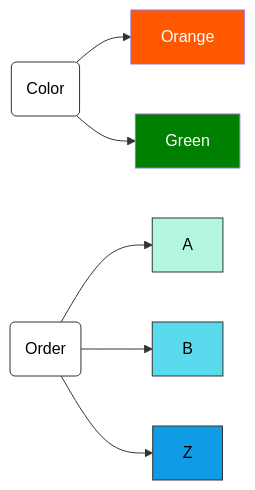
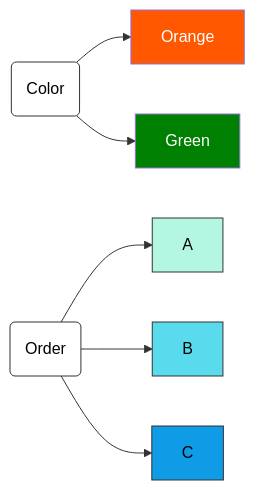
The third of 3 diagrams in docs/components/policy/attributes/overview.md (opentdf/docs), drawn with Mermaid before and after one commit. The commit also changed other lines of this file and 7 other files, not shown here.

````diff
--- a/docs/components/policy/attributes/overview.md
+++ b/docs/components/policy/attributes/overview.md
@@ -59,17 +53,17 @@
 ```mermaid
-    graph LR;
+graph LR;
 
-    X(Color)-->Orange;
-    X(Color)-->Green;
-    style X fill:#fff,stroke:#333,stroke-width:1px,color:black
-    style Orange fill:#ff5800,color:white
-    style Green fill:green,color:white
+X(Color)-->Orange;
+X(Color)-->Green;
+style X fill:#fff,stroke:#333,stroke-width:1px,color:black
+style Orange fill:#ff5800,color:white
+style Green fill:green,color:white
 
-    Y(Order)-->A;
-    Y(Order)-->B;
-    Y(Order)-->Z;
-    style Y fill:#fff,stroke:#333,stroke-width:1px,color:black
-    style A fill:#06e4a44d,stroke:#333,stroke-width:1px,color:black
-    style B fill:#06c9e4a8,stroke:#333,stroke-width:1px,color:black
-    style Z fill:#0697e4f5,stroke:#333,stroke-width:1px,color:black
+Y(Order)-->A;
+Y(Order)-->B;
+Y(Order)-->C;
+style Y fill:#fff,stroke:#333,stroke-width:1px,color:black
+style A fill:#06e4a44d,stroke:#333,stroke-width:1px,color:black
+style B fill:#06c9e4a8,stroke:#333,stroke-width:1px,color:black
+style C fill:#0697e4f5,stroke:#333,stroke-width:1px,color:black
 ```
````
